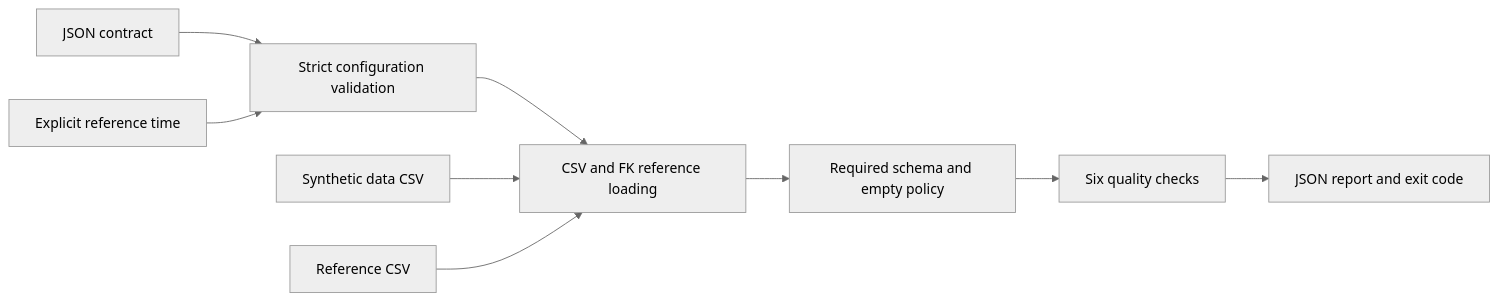
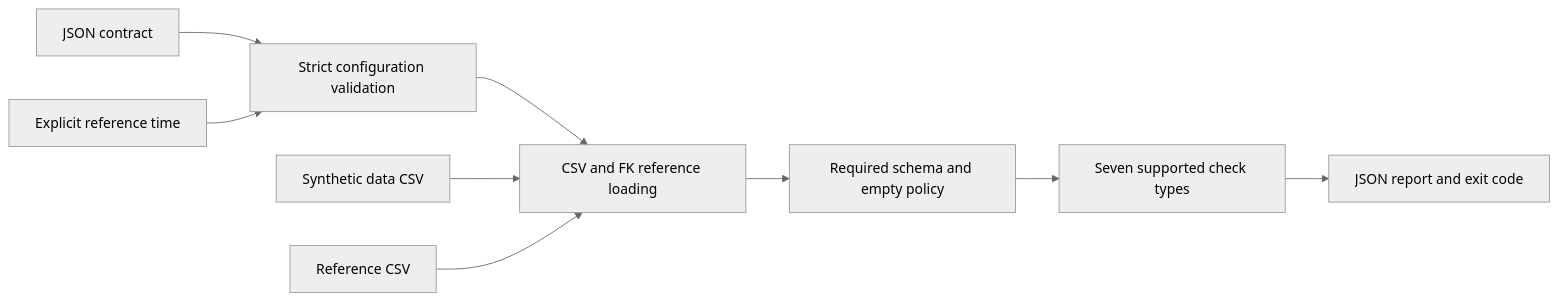
Before and after one commit to teddy8023mars/data-quality-gates: the diagram in README.md, drawn with Mermaid (neutral theme). The commit also changed other lines of this file and 12 other files, not shown here.

````diff
--- a/README.md
+++ b/README.md
@@ -48,11 +48,11 @@
 ```mermaid
 flowchart LR
     C[JSON contract] --> V[Strict configuration validation]
     T[Explicit reference time] --> V
     V --> L[CSV and FK reference loading]
     D[Synthetic data CSV] --> L
     R[Reference CSV] --> L
     L --> S[Required schema and empty policy]
-    S --> Q[Six quality checks]
+    S --> Q[Seven supported check types]
     Q --> O[JSON report and exit code]
 ```
````
